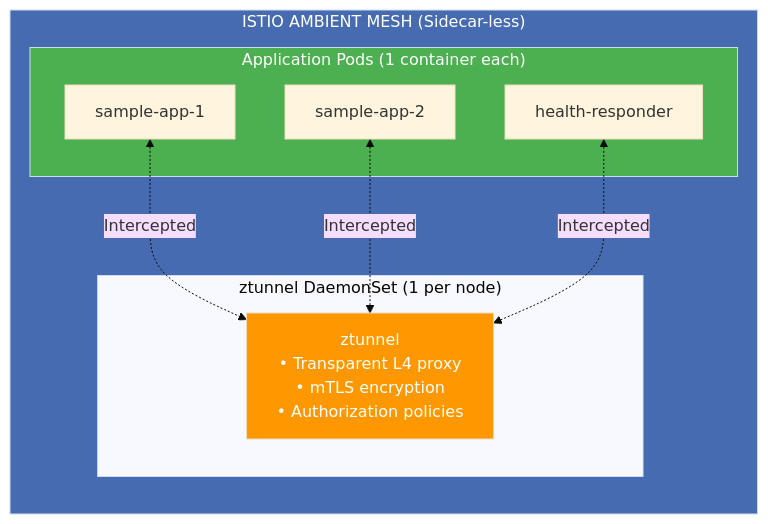
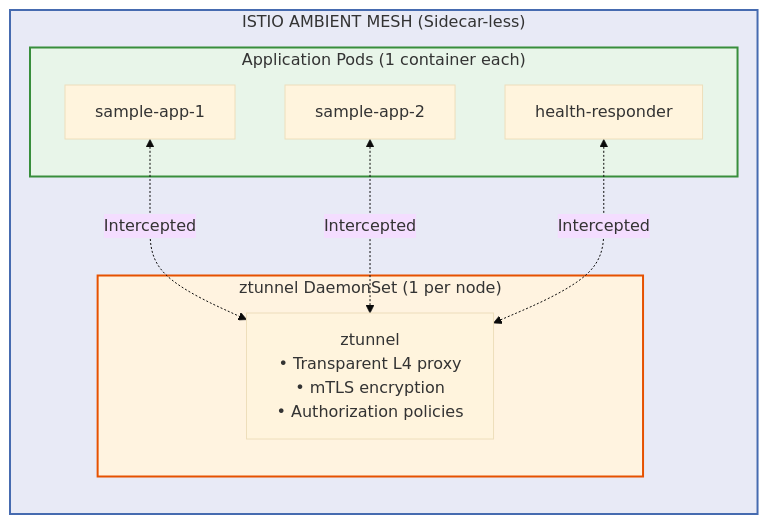
One commit to shanaka-versent/shanaka-aks-poc changed the fourth of 8 diagrams in README.md. Above: the diagram before and after it, drawn with Mermaid (base theme). The commit also changed other lines of this file, not shown here.

Commit message:
Improve the ReadMe file with Marmaid architecture diagrams

````diff
--- a/README.md
+++ b/README.md
@@ -174,24 +187,28 @@
 ```mermaid
 flowchart TB
     subgraph Ambient["ISTIO AMBIENT MESH (Sidecar-less)"]
         direction TB
 
         subgraph Pods["Application Pods (1 container each)"]
             App1["sample-app-1"]
             App2["sample-app-2"]
             Health["health-responder"]
         end
 
         subgraph ZtunnelDS["ztunnel DaemonSet (1 per node)"]
             Ztunnel["ztunnel<br/>• Transparent L4 proxy<br/>• mTLS encryption<br/>• Authorization policies"]
         end
     end
 
     App1 <-.->|"Intercepted"| Ztunnel
     App2 <-.->|"Intercepted"| Ztunnel
     Health <-.->|"Intercepted"| Ztunnel
 
-    style Ambient fill:#466BB0,color:#fff
-    style Ztunnel fill:#FF9800,color:#fff
-    style Pods fill:#4CAF50,color:#fff
+    classDef ambient fill:#e8eaf6,stroke:#466bb0,stroke-width:2px,color:#333
+    classDef ztunnel fill:#fff3e0,stroke:#e65100,stroke-width:2px,color:#333
+    classDef pods fill:#e8f5e9,stroke:#388e3c,stroke-width:2px,color:#333
+
+    class Ambient ambient
+    class ZtunnelDS ztunnel
+    class Pods pods
 ```
````
